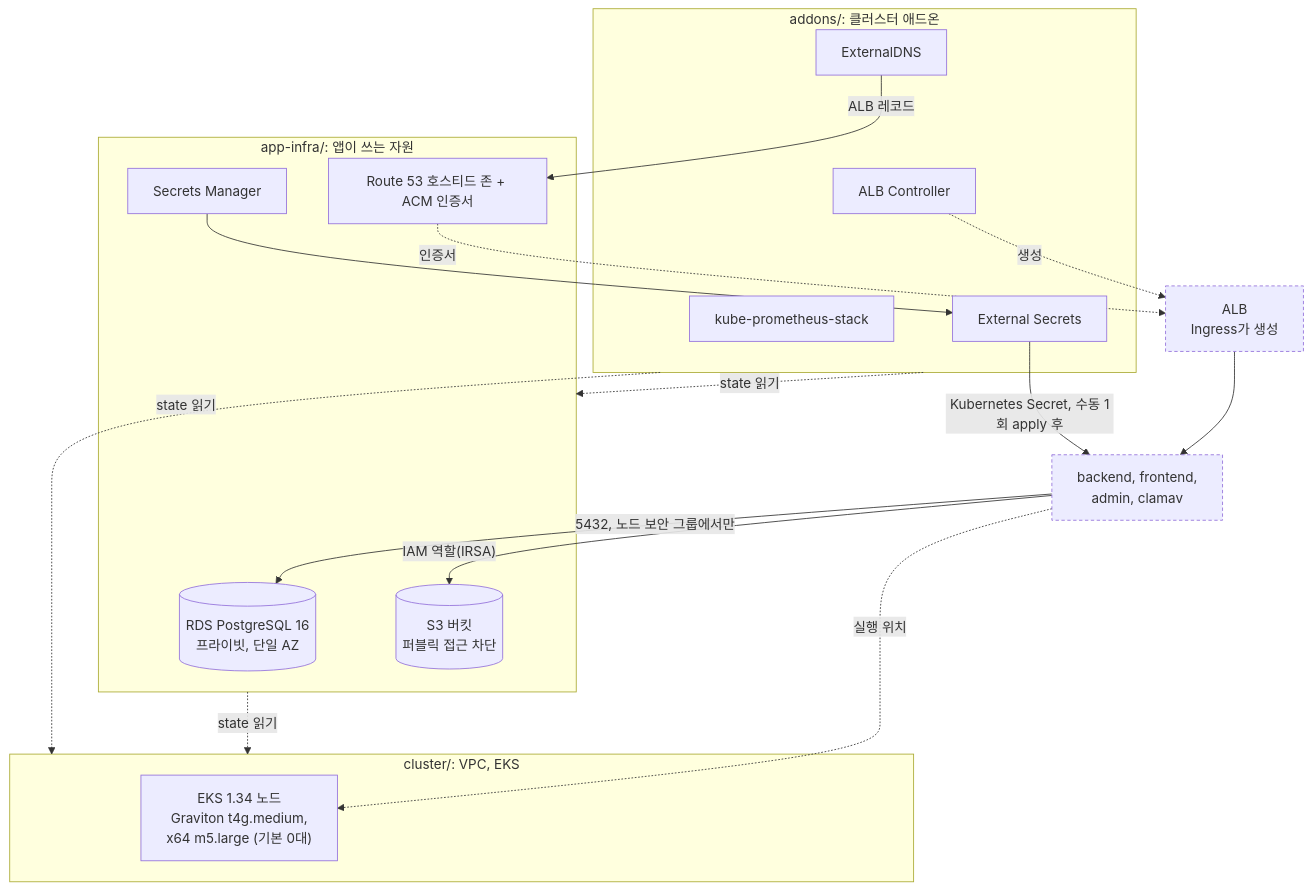
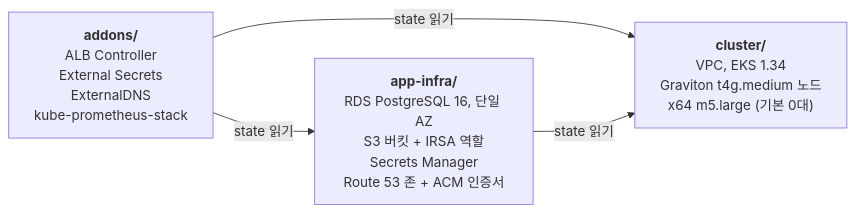
The fourth of 4 diagrams in README.ko.md (Bluecode77732/Upload-Board-Project), drawn with Mermaid before and after one commit. The commit also changed other lines of this file and 3 other files, not shown here.

````diff
--- a/README.ko.md
+++ b/README.ko.md
@@ -212,32 +211,9 @@
 ```mermaid
-flowchart TB
-  subgraph C["cluster/: VPC, EKS"]
-    NODES["EKS 1.34 노드<br/>Graviton t4g.medium,<br/>x64 m5.large (기본 0대)"]
-  end
-  subgraph A["app-infra/: 앱이 쓰는 자원"]
-    RDS[("RDS PostgreSQL 16<br/>프라이빗, 단일 AZ")]
-    S3[("S3 버킷<br/>퍼블릭 접근 차단")]
-    SM["Secrets Manager"]
-    DNS["Route 53 호스티드 존 + ACM 인증서"]
-  end
-  subgraph D["addons/: 클러스터 애드온"]
-    LBC["ALB Controller"]
-    ESO["External Secrets"]
-    EDNS["ExternalDNS"]
-    PROM["kube-prometheus-stack"]
-  end
-  A -. "state 읽기" .-> C
-  D -. "state 읽기" .-> C
-  D -. "state 읽기" .-> A
-  ALB["ALB<br/>Ingress가 생성"]:::rt
-  APP["backend, frontend,<br/>admin, clamav"]:::rt
-  LBC -. "생성" .-> ALB
-  ALB --> APP
-  APP -. "실행 위치" .-> NODES
-  APP -- "5432, 노드 보안 그룹에서만" --> RDS
-  APP -- "IAM 역할(IRSA)" --> S3
-  SM --> ESO -- "Kubernetes Secret, 수동 1회 apply 후" --> APP
-  EDNS -- "ALB 레코드" --> DNS
-  DNS -. "인증서" .-> ALB
-  classDef rt stroke-dasharray:4 3
+flowchart LR
+  D["<b>addons/</b><br/>ALB Controller<br/>External Secrets<br/>ExternalDNS<br/>kube-prometheus-stack"]
+  A["<b>app-infra/</b><br/>RDS PostgreSQL 16, 단일 AZ<br/>S3 버킷 + IRSA 역할<br/>Secrets Manager<br/>Route 53 존 + ACM 인증서"]
+  C["<b>cluster/</b><br/>VPC, EKS 1.34<br/>Graviton t4g.medium 노드<br/>x64 m5.large (기본 0대)"]
+  D -- "state 읽기" --> A
+  D -- "state 읽기" --> C
+  A -- "state 읽기" --> C
 ```
````
